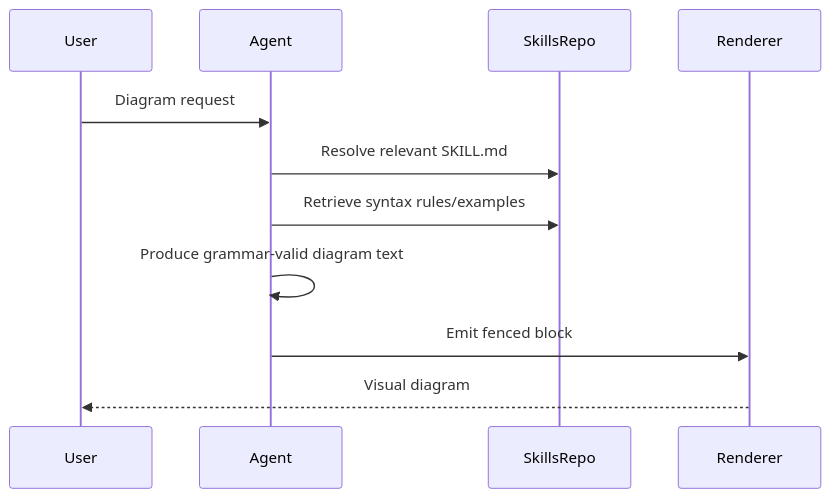
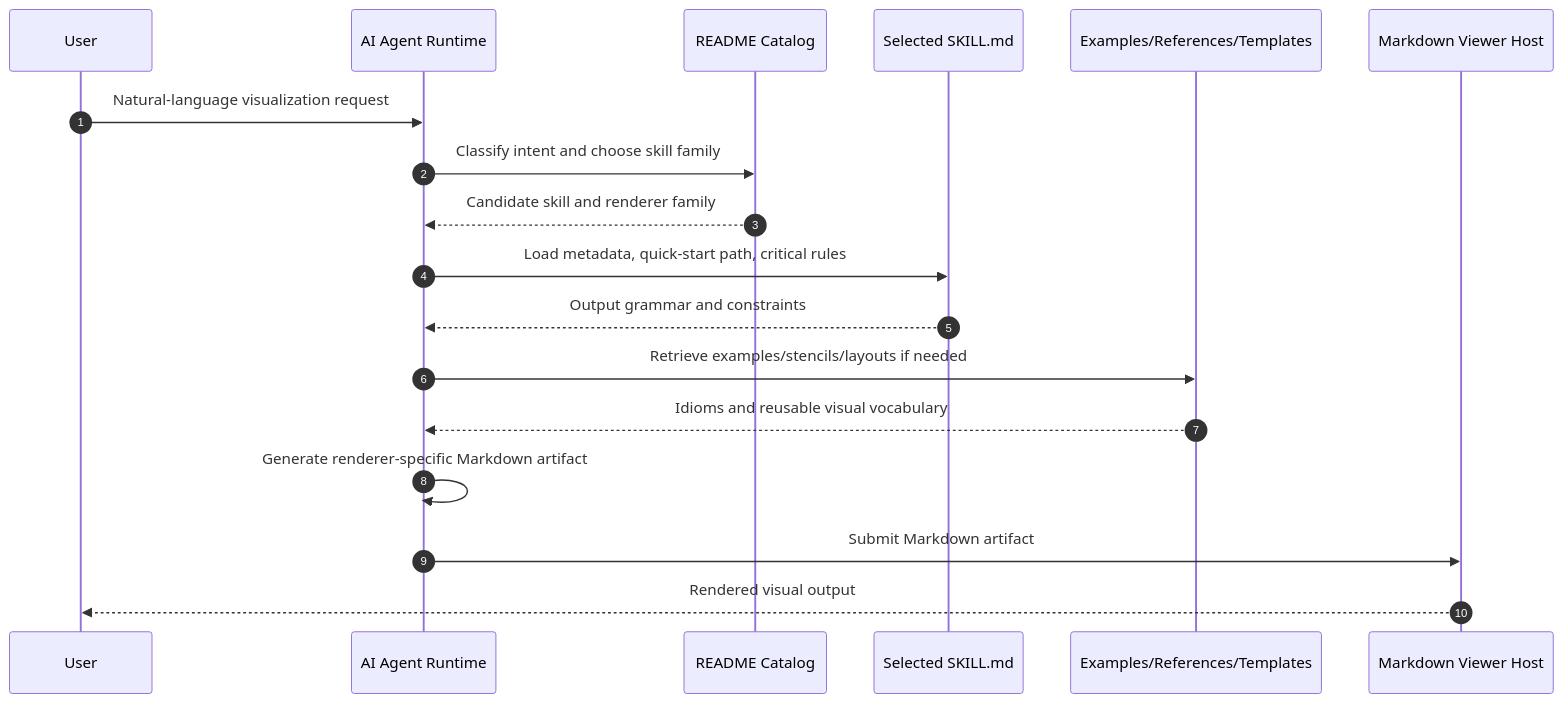
Before and after one commit to Martin-Mythos/research: the second of 2 diagrams in markdown-viewer-architecture-study/research_report.md, drawn with Mermaid. The commit also changed other lines of this file and 12 other files, not shown here.

Commit message:
Improve markdown-viewer architecture study evidence

````diff
--- a/markdown-viewer-architecture-study/research_report.md
+++ b/markdown-viewer-architecture-study/research_report.md
@@ -31,13 +84,21 @@
 ```mermaid
 sequenceDiagram
+    autonumber
     participant User
-    participant Agent
-    participant SkillsRepo
-    participant Renderer
-    User->>Agent: Diagram request
-    Agent->>SkillsRepo: Resolve relevant SKILL.md
-    Agent->>SkillsRepo: Retrieve syntax rules/examples
-    Agent->>Agent: Produce grammar-valid diagram text
-    Agent->>Renderer: Emit fenced block
-    Renderer-->>User: Visual diagram
+    participant Agent as AI Agent Runtime
+    participant Catalog as README Catalog
+    participant Skill as Selected SKILL.md
+    participant Support as Examples/References/Templates
+    participant Renderer as Markdown Viewer Host
+
+    User->>Agent: Natural-language visualization request
+    Agent->>Catalog: Classify intent and choose skill family
+    Catalog-->>Agent: Candidate skill and renderer family
+    Agent->>Skill: Load metadata, quick-start path, critical rules
+    Skill-->>Agent: Output grammar and constraints
+    Agent->>Support: Retrieve examples/stencils/layouts if needed
+    Support-->>Agent: Idioms and reusable visual vocabulary
+    Agent->>Agent: Generate renderer-specific Markdown artifact
+    Agent->>Renderer: Submit Markdown artifact
+    Renderer-->>User: Rendered visual output
 ```
````
